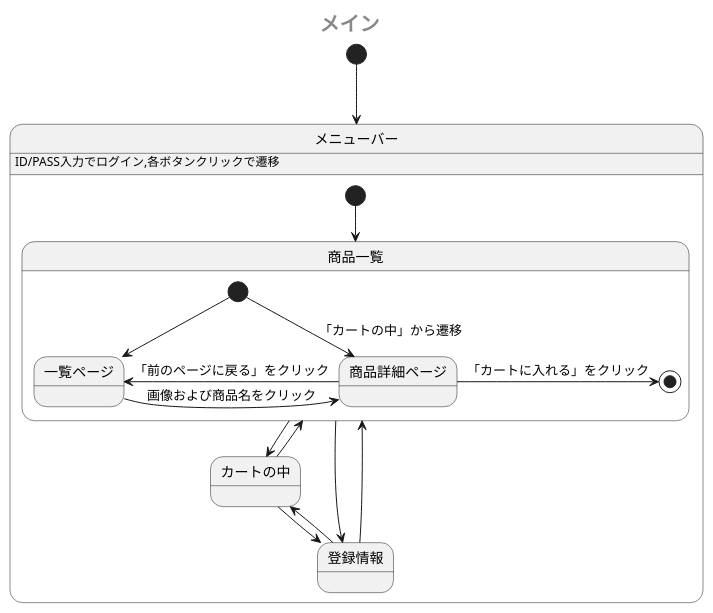
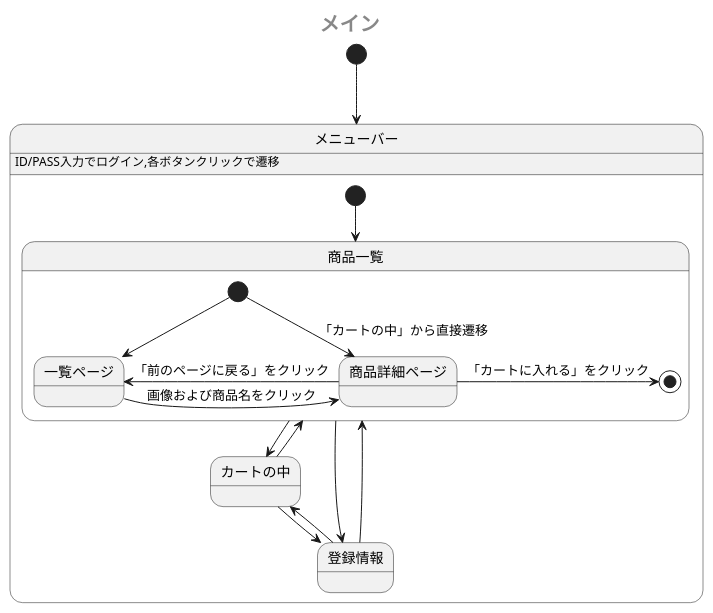
Before and after one commit to Aso2001385/2021sys-design: the first of 2 diagrams in sample/StateMachine.md, drawn with PlantUML.

````diff
--- a/sample/StateMachine.md
+++ b/sample/StateMachine.md
@@ -1,29 +1,29 @@
 ```uml
 @startuml
  center header <size:20><b>メイン</b></size>
  [*] --> メニューバー
  state メニューバー {
    メニューバー: ID/PASS入力でログイン,各ボタンクリックで遷移
    [*] --> 商品一覧
    state 商品一覧 {
     [*] --> 一覧ページ
-    [*] --> 商品詳細ページ: 「カートの中」から遷移
+    [*] --> 商品詳細ページ: 「カートの中」から直接遷移
     一覧ページ -right-> 商品詳細ページ: 画像および商品名をクリック
     商品詳細ページ -left-> 一覧ページ: 「前のページに戻る」をクリック
     商品詳細ページ -right-> [*]: 「カートに入れる」をクリック
     
    }
    商品一覧 -down-> カートの中
    カートの中 -up-> 商品一覧
    カートの中 -down-> 登録情報
    登録情報 -up-> カートの中
    商品一覧 -right-> 登録情報
    商品一覧 -[hidden]> 登録情報
    登録情報 -left-> 商品一覧
    登録情報 -[hidden]> 商品一覧
    
 
  }
  
 @enduml
 ```
````
